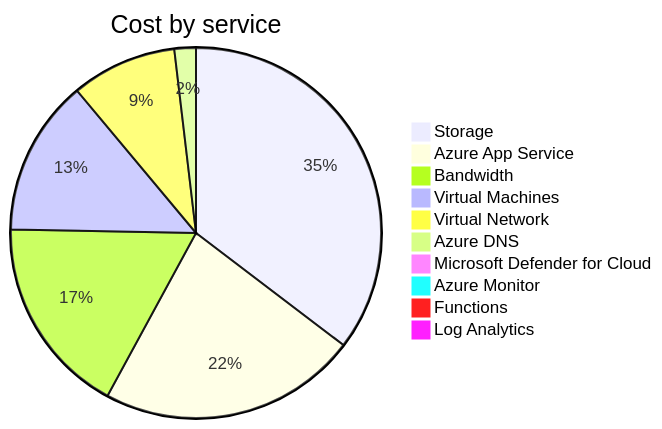
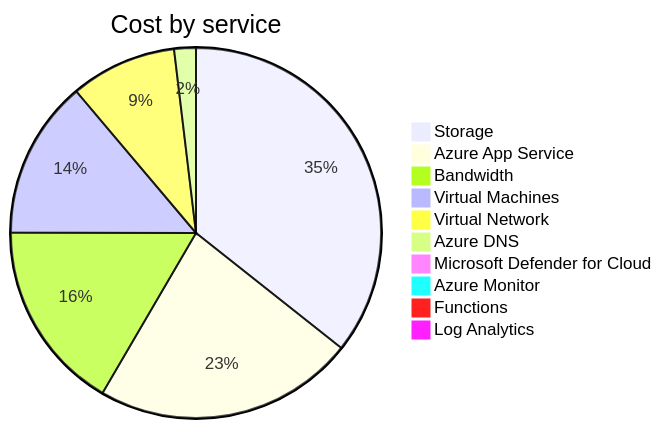
The second of 4 diagrams in cost-reports/accumulated-cost.md (jpfulton/azure-personal-reports), drawn with Mermaid before and after one commit. The commit also changed other lines of this file and 4 other files, not shown here.

````diff
--- a/cost-reports/accumulated-cost.md
+++ b/cost-reports/accumulated-cost.md
@@ -100,14 +100,14 @@
 ```mermaid
 pie
    title Cost by service
-   "Storage" : 16.59
-   "Azure App Service" : 10.60
+   "Storage" : 17.50
+   "Azure App Service" : 11.17
    "Bandwidth" : 8.16
-   "Virtual Machines" : 6.39
-   "Virtual Network" : 4.32
-   "Azure DNS" : 0.88
-   "Microsoft Defender for Cloud" : 0.43
+   "Virtual Machines" : 6.77
+   "Virtual Network" : 4.55
+   "Azure DNS" : 0.93
+   "Microsoft Defender for Cloud" : 0.46
    "Azure Monitor" : 0.00
    "Functions" : 0.00
    "Log Analytics" : 0.00
 ```
````
